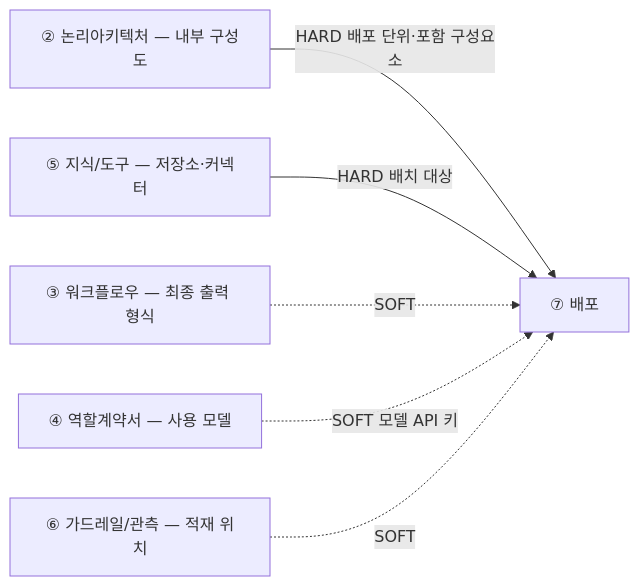
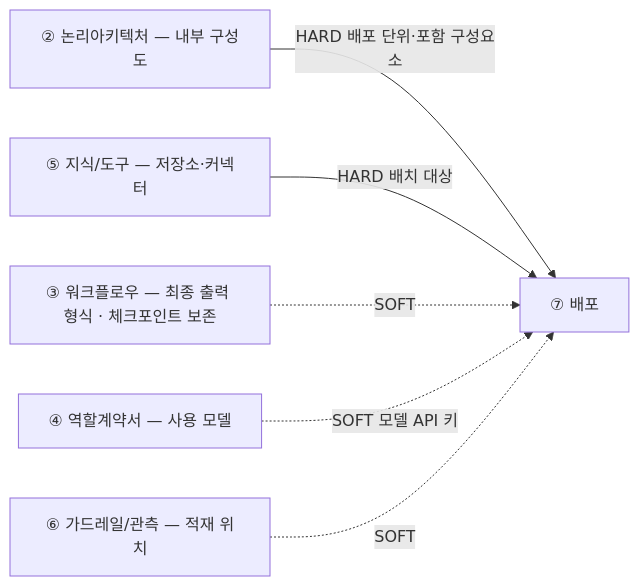
Before and after one commit to unicorn-campus/unicorn-skills: the diagram in design-architecture/guides/07-배포설계-가이드.md, drawn with Mermaid. The commit also changed other lines of this file and 29 other files, not shown here.

````diff
--- a/design-architecture/guides/07-배포설계-가이드.md
+++ b/design-architecture/guides/07-배포설계-가이드.md
@@ -19,8 +19,8 @@
 ```mermaid
 flowchart LR
   B["② 논리아키텍처 — 내부 구성도"] -->|"HARD 배포 단위·포함 구성요소"| G["⑦ 배포"]
   E["⑤ 지식/도구 — 저장소·커넥터"] -->|"HARD 배치 대상"| G
-  D["③ 워크플로우 — 최종 출력 형식"] -.->|"SOFT"| G
+  D["③ 워크플로우 — 최종 출력 형식 · 체크포인트 보존"] -.->|"SOFT"| G
   C["④ 역할계약서 — 사용 모델"] -.->|"SOFT 모델 API 키"| G
   F["⑥ 가드레일/관측 — 적재 위치"] -.->|"SOFT"| G
 ```
````
